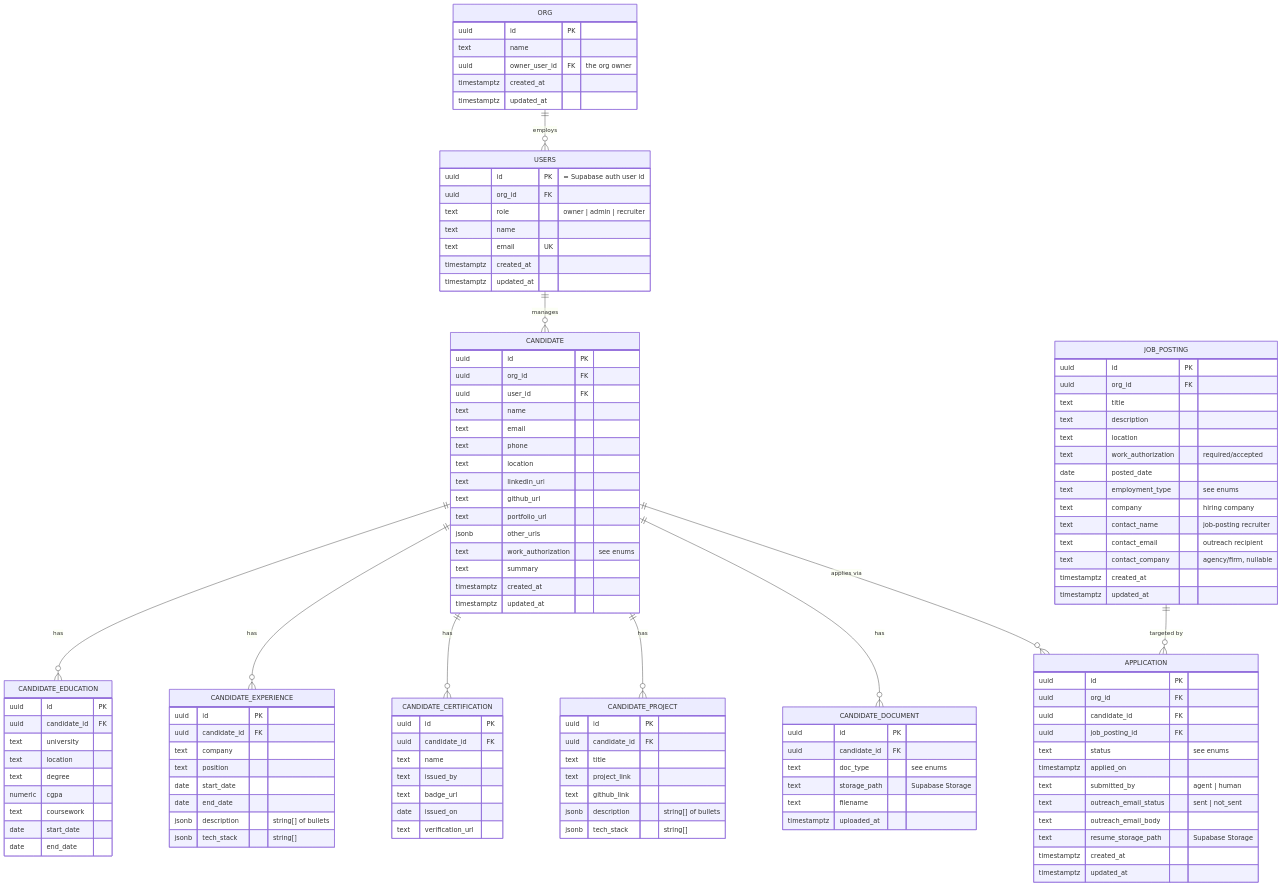
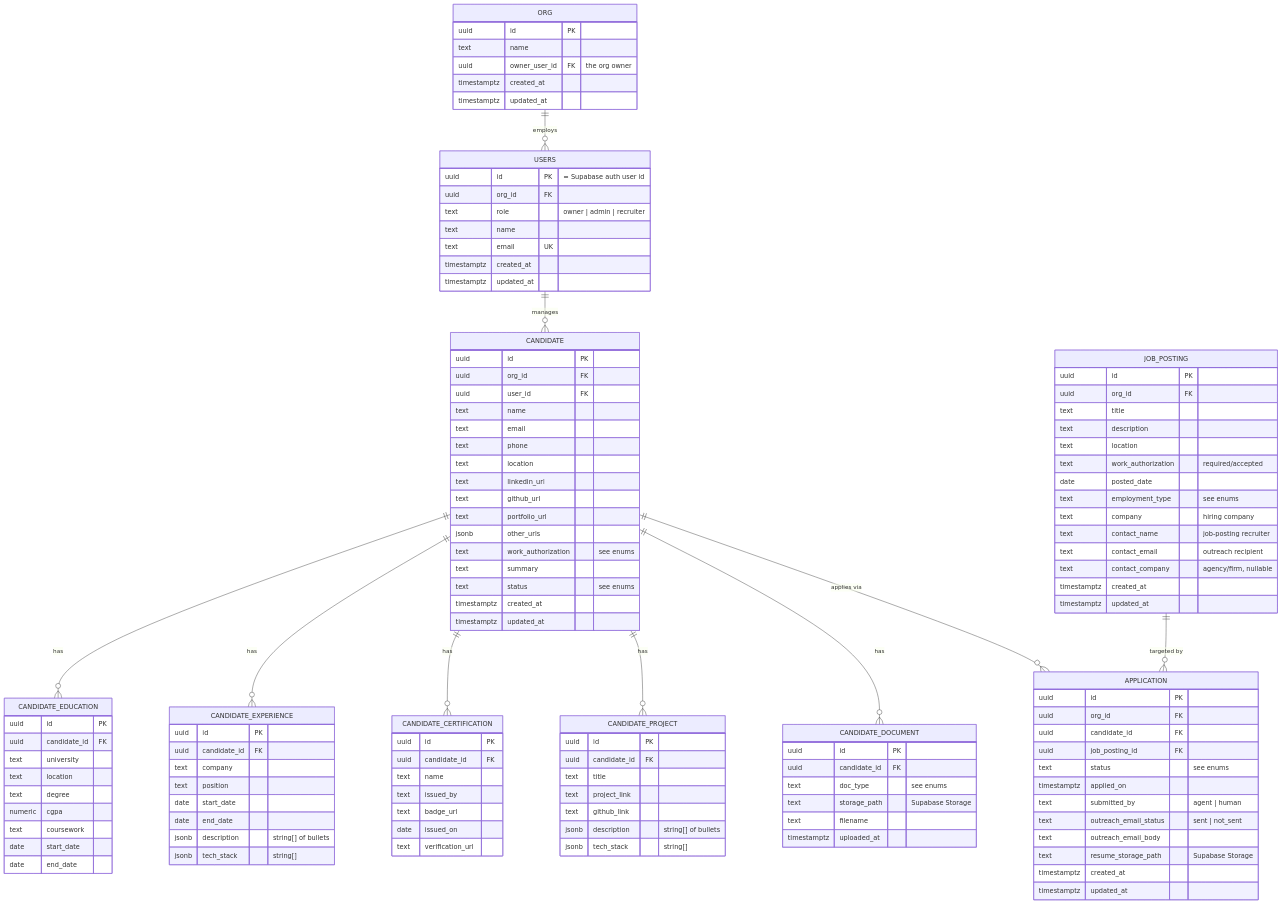
The diagram in docs/database-schema-v1.md (nikhil-chigali/bench-recruiter-agent), drawn with Mermaid before and after one commit. The commit also changed other lines of this file and 4 other files, not shown here.

```diff
--- a/docs/database-schema-v1.md
+++ b/docs/database-schema-v1.md
@@ -53,6 +53,7 @@
         jsonb other_urls
         text work_authorization "see enums"
         text summary
+        text status "see enums"
         timestamptz created_at
         timestamptz updated_at
     }
```
